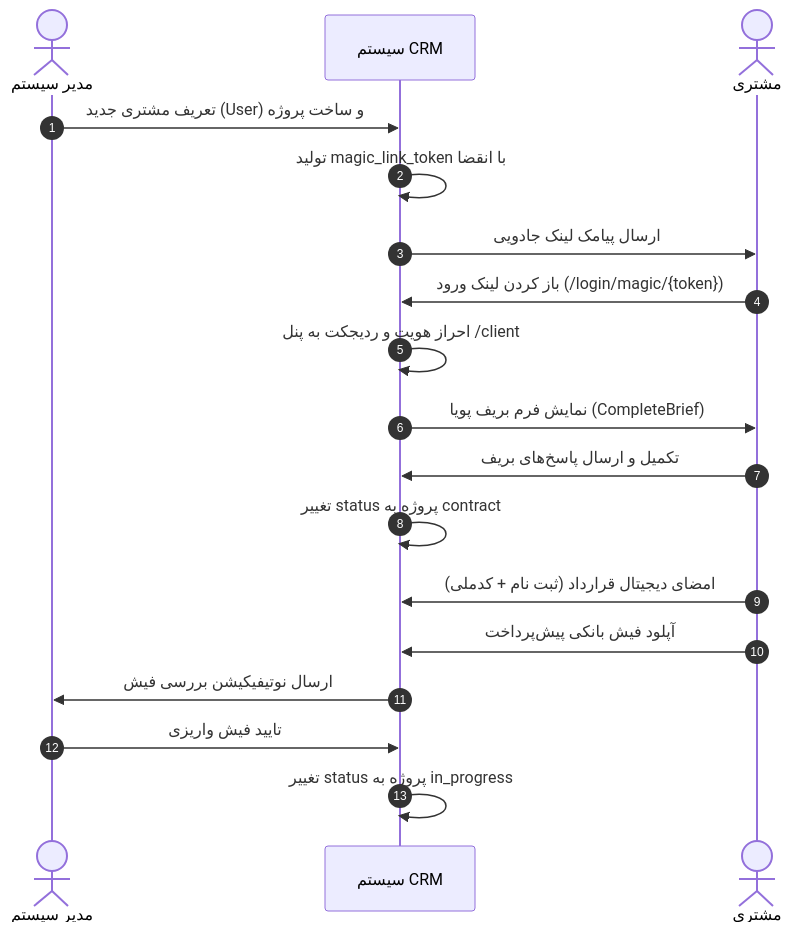
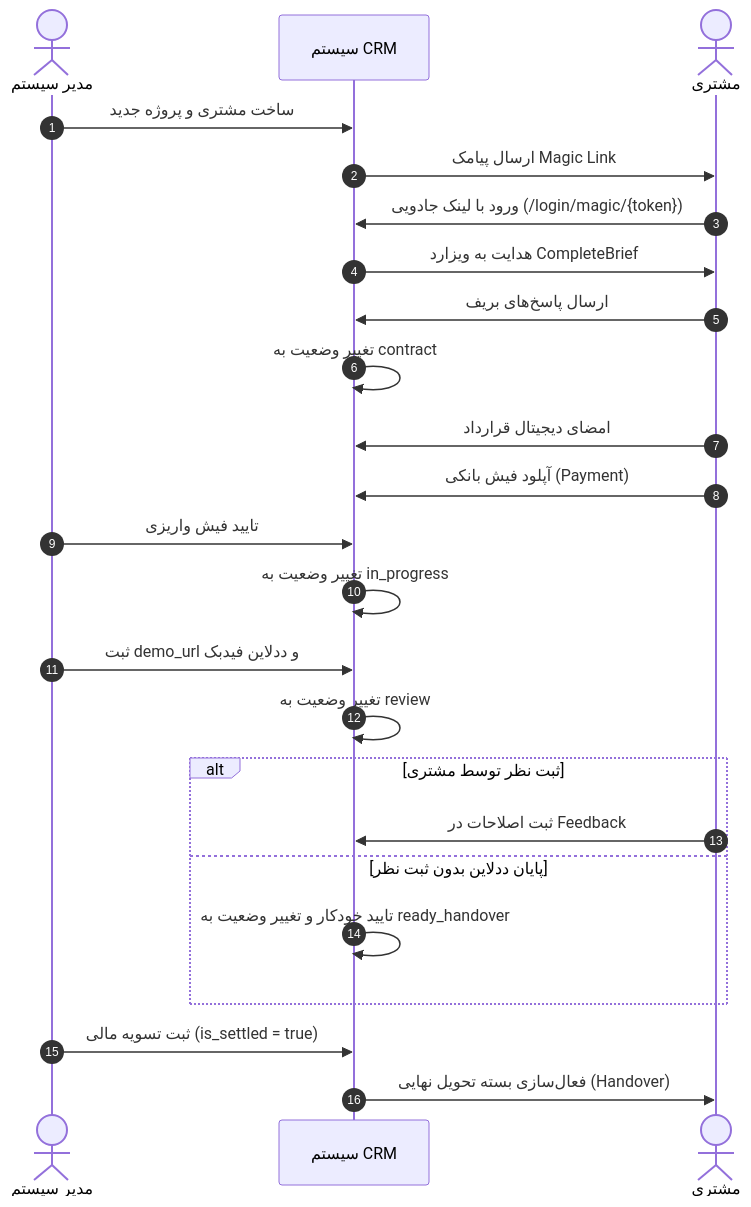
Before and after one commit to alimousavi68/hashtcrm: the second of 2 diagrams in PROJECT_DOCUMENTATION.md, drawn with Mermaid. The commit also changed other lines of this file, not shown here.

````diff
--- a/PROJECT_DOCUMENTATION.md
+++ b/PROJECT_DOCUMENTATION.md
@@ -213,21 +243,27 @@
 ```mermaid
 sequenceDiagram
     autonumber
     actor Admin as مدیر سیستم
     participant CRM as سیستم CRM
     actor Client as مشتری
     
-    Admin->>CRM: تعریف مشتری جدید (User) و ساخت پروژه
-    CRM->>CRM: تولید magic_link_token با انقضا
-    CRM->>Client: ارسال پیامک لینک جادویی
-    Client->>CRM: باز کردن لینک ورود (/login/magic/{token})
-    CRM->>CRM: احراز هویت و ردیجکت به پنل /client
-    CRM->>Client: نمایش فرم بریف پویا (CompleteBrief)
-    Client->>CRM: تکمیل و ارسال پاسخ‌های بریف
-    CRM->>CRM: تغییر status پروژه به contract
-    Client->>CRM: امضای دیجیتال قرارداد (ثبت نام + کدملی)
-    Client->>CRM: آپلود فیش بانکی پیش‌پرداخت
-    CRM->>Admin: ارسال نوتیفیکیشن بررسی فیش
+    Admin->>CRM: ساخت مشتری و پروژه جدید
+    CRM->>Client: ارسال پیامک Magic Link
+    Client->>CRM: ورود با لینک جادویی (/login/magic/{token})
+    CRM->>Client: هدایت به ویزارد CompleteBrief
+    Client->>CRM: ارسال پاسخ‌های بریف
+    CRM->>CRM: تغییر وضعیت به contract
+    Client->>CRM: امضای دیجیتال قرارداد
+    Client->>CRM: آپلود فیش بانکی (Payment)
     Admin->>CRM: تایید فیش واریزی
-    CRM->>CRM: تغییر status پروژه به in_progress
+    CRM->>CRM: تغییر وضعیت به in_progress
+    Admin->>CRM: ثبت demo_url و ددلاین فیدبک
+    CRM->>CRM: تغییر وضعیت به review
+    alt ثبت نظر توسط مشتری
+        Client->>CRM: ثبت اصلاحات در Feedback
+    else پایان ددلاین بدون ثبت نظر
+        CRM->>CRM: تایید خودکار و تغییر وضعیت به ready_handover
+    end
+    Admin->>CRM: ثبت تسویه مالی (is_settled = true)
+    CRM->>Client: فعال‌سازی بسته تحویل نهایی (Handover)
 ```
````
